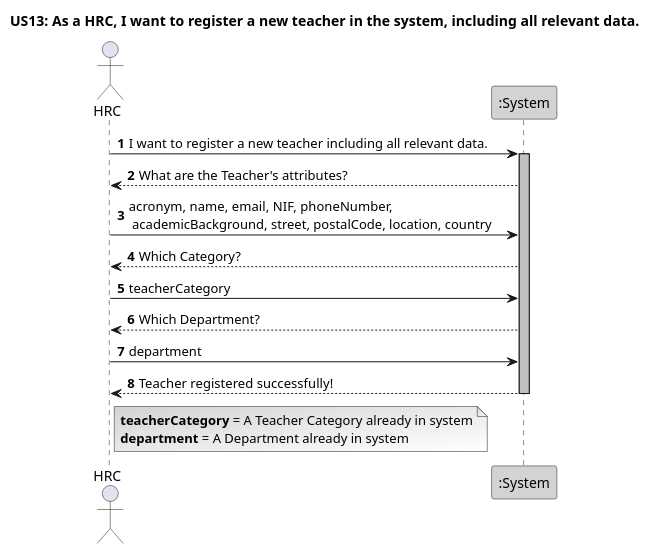
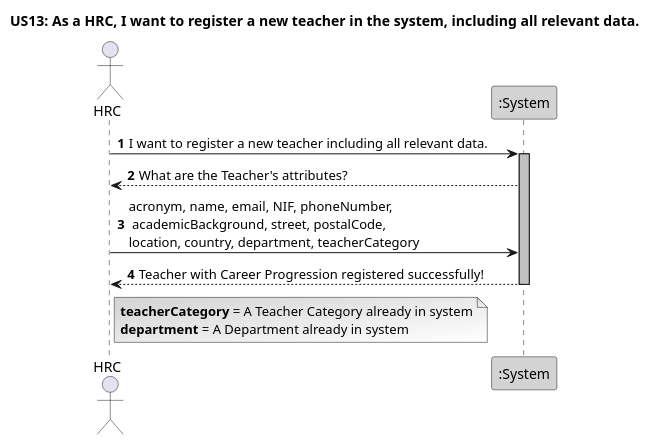
One commit to GasparISEP/DevOps-PAI changed the diagram in docs/US13/Sprint6/ProcessView/Level1.puml. Above: the diagram before and after it, drawn with PlantUML. The commit also changed 3 other files, not shown here.

Commit message:
ref #500 update diagrams for teacher with relevant data and student

```diff
--- a/docs/US13/Sprint6/ProcessView/Level1.puml
+++ b/docs/US13/Sprint6/ProcessView/Level1.puml
@@ -1,25 +1,22 @@
 @startuml
 autonumber
 
 title US13: As a HRC, I want to register a new teacher in the system, including all relevant data.
 
 actor HRC
 participant ":System" as System #lightgrey
 
 HRC -> System: I want to register a new teacher including all relevant data.\t
 activate System #silver
 System --> HRC: What are the Teacher's attributes?
-HRC -> System: acronym, name, email, NIF, phoneNumber, \n academicBackground, street, postalCode, location, country
-System --> HRC: Which Category?
-HRC -> System: teacherCategory
-System --> HRC: Which Department?
-HRC -> System: department
-System --> HRC: Teacher registered successfully!
+HRC -> System: acronym, name, email, NIF, phoneNumber, \n academicBackground, street, postalCode,\nlocation, country, department, teacherCategory
+
+System --> HRC: Teacher with Career Progression registered successfully!
 deactivate System
 
 
 Note Right HRC #lightgray/White
     **teacherCategory** = A Teacher Category already in system
     **department** = A Department already in system
 End Note
 @enduml
```
